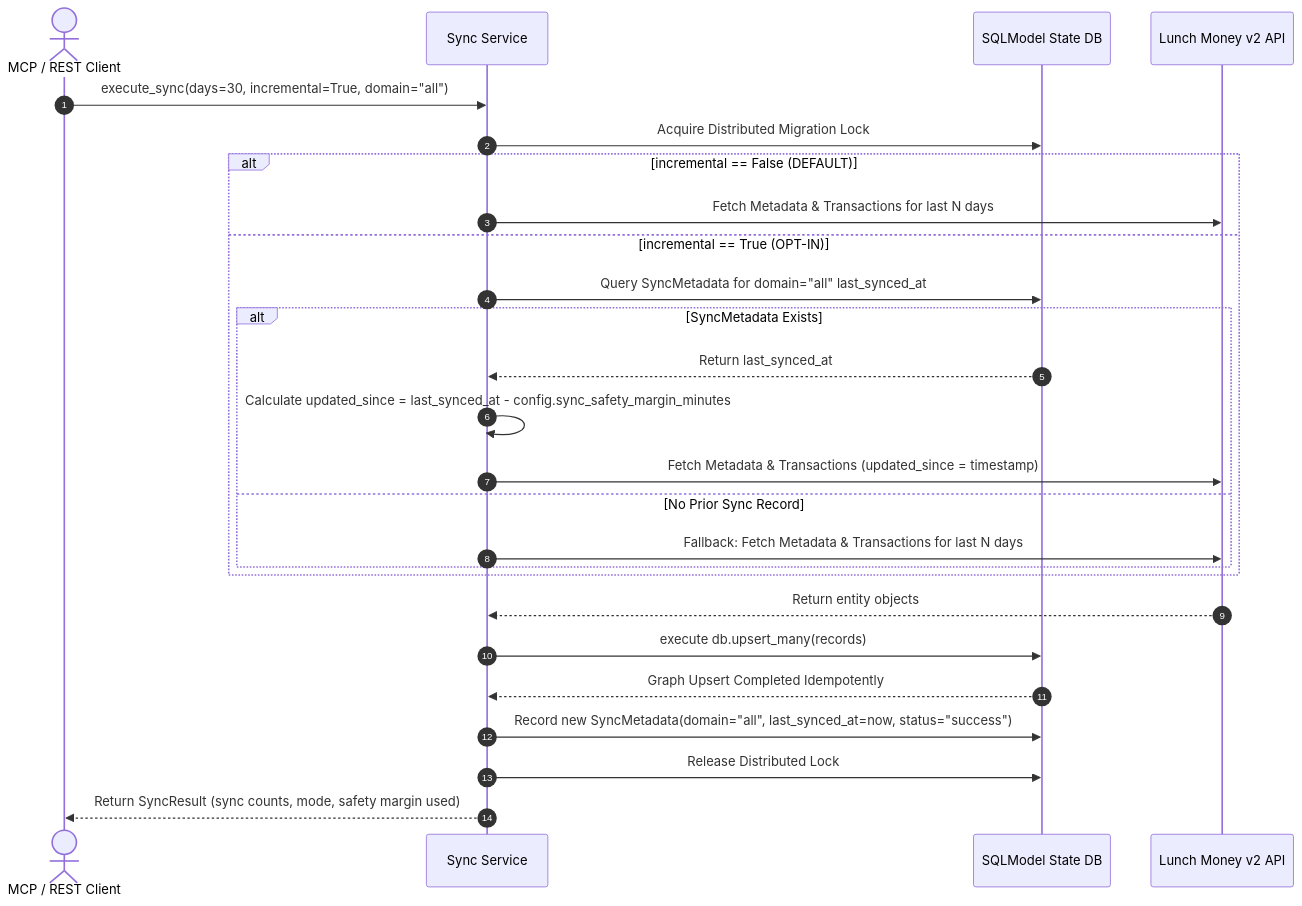
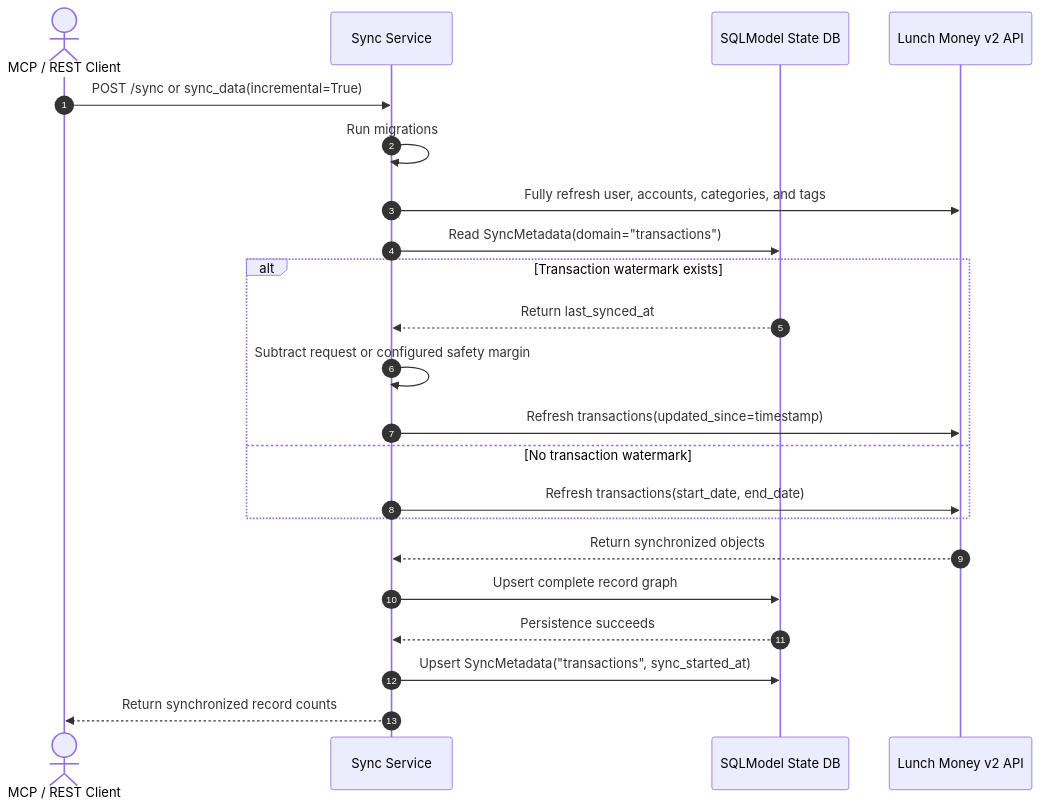
The diagram in docs/INCREMENTAL_ETL.md (juftin/lunchmoney-app), drawn with Mermaid before and after one commit. The commit also changed other lines of this file and 6 other files, not shown here.

````diff
--- a/docs/INCREMENTAL_ETL.md
+++ b/docs/INCREMENTAL_ETL.md
@@ -32,31 +41,26 @@
 ```mermaid
 sequenceDiagram
     autonumber
     actor Client as MCP / REST Client
     participant Service as Sync Service
     participant DB as SQLModel State DB
     participant API as Lunch Money v2 API
 
-    Client->>Service: execute_sync(days=30, incremental=True, domain="all")
-    Service->>DB: Acquire Distributed Migration Lock
-    alt incremental == False (DEFAULT)
-        Service->>API: Fetch Metadata & Transactions for last N days
-    else incremental == True (OPT-IN)
-        Service->>DB: Query SyncMetadata for domain="all" last_synced_at
-        alt SyncMetadata Exists
-            DB-->>Service: Return last_synced_at
-            Service->>Service: Calculate updated_since = last_synced_at - config.sync_safety_margin_minutes
-            Service->>API: Fetch Metadata & Transactions (updated_since = timestamp)
-        else No Prior Sync Record
-            Service->>API: Fallback: Fetch Metadata & Transactions for last N days
-        end
+    Client->>Service: POST /sync or sync_data(incremental=True)
+    Service->>Service: Run migrations
+    Service->>API: Fully refresh user, accounts, categories, and tags
+    Service->>DB: Read SyncMetadata(domain="transactions")
+    alt Transaction watermark exists
+        DB-->>Service: Return last_synced_at
+        Service->>Service: Subtract request or configured safety margin
+        Service->>API: Refresh transactions(updated_since=timestamp)
+    else No transaction watermark
+        Service->>API: Refresh transactions(start_date, end_date)
     end
 
-    API-->>Service: Return entity objects
-    Service->>DB: execute db.upsert_many(records)
-    DB-->>Service: Graph Upsert Completed Idempotently
-
-    Service->>DB: Record new SyncMetadata(domain="all", last_synced_at=now, status="success")
-    Service->>DB: Release Distributed Lock
-    Service-->>Client: Return SyncResult (sync counts, mode, safety margin used)
+    API-->>Service: Return synchronized objects
+    Service->>DB: Upsert complete record graph
+    DB-->>Service: Persistence succeeds
+    Service->>DB: Upsert SyncMetadata("transactions", sync_started_at)
+    Service-->>Client: Return synchronized record counts
 ```
````
